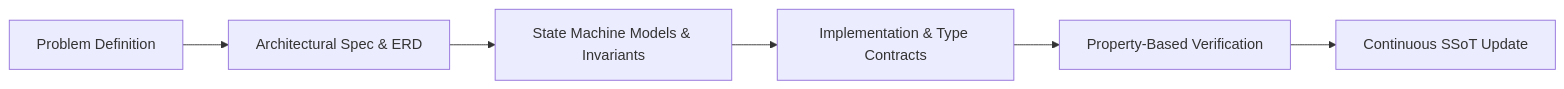
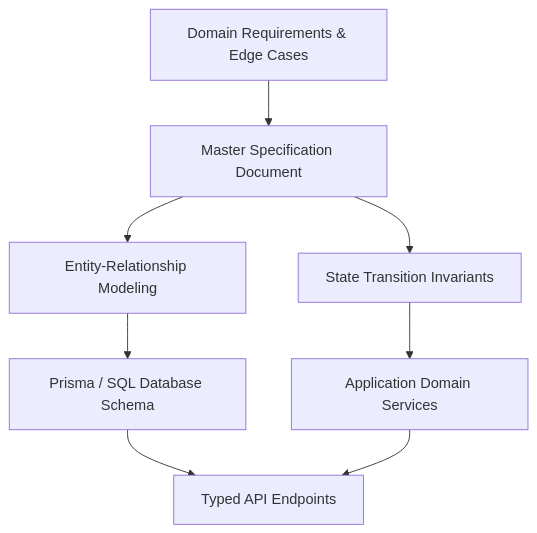
Before and after one commit to MasterZ1311/Dev-AURA: the diagram in docs/engineering-principles/08-living-documentation-and-ssot/specification-driven-development.md, drawn with Mermaid. The commit also changed other lines of this file and 21 other files, not shown here.

````diff
--- a/docs/engineering-principles/08-living-documentation-and-ssot/specification-driven-development.md
+++ b/docs/engineering-principles/08-living-documentation-and-ssot/specification-driven-development.md
@@ -7,8 +36,9 @@
 ```mermaid
-flowchart LR
-    A[Problem Definition] --> B[Architectural Spec & ERD]
-    B --> C[State Machine Models & Invariants]
-    C --> D[Implementation & Type Contracts]
-    D --> E[Property-Based Verification]
-    E --> F[Continuous SSoT Update]
+flowchart TD
+    Req[Domain Requirements & Edge Cases] --> Spec[Master Specification Document]
+    Spec --> ERD[Entity-Relationship Modeling]
+    Spec --> States[State Transition Invariants]
+    ERD --> DB[Prisma / SQL Database Schema]
+    States --> FSM[Application Domain Services]
+    DB & FSM --> API[Typed API Endpoints]
 ```
````
